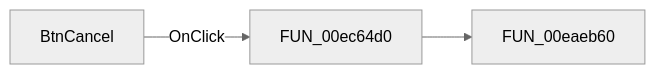
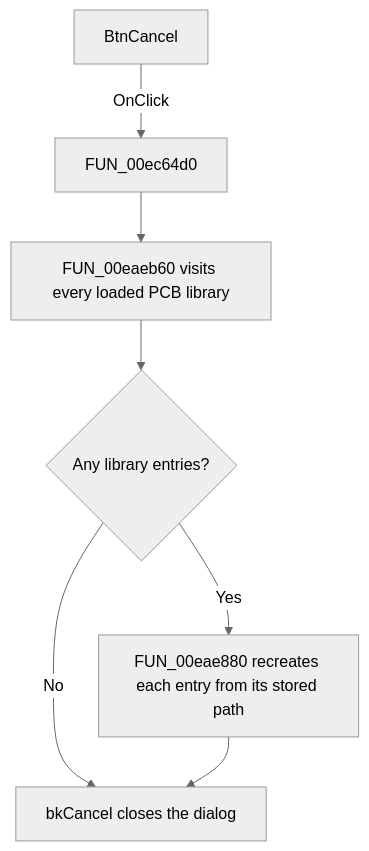
Before and after one commit to MovGP0/TIARA: the diagram in docs/ui-controls/pcbform4/btncancel-5f25a82f2e.md, drawn with Mermaid (neutral theme). The commit also changed other lines of this file and 1062 other files, not shown here.

````diff
--- a/docs/ui-controls/pcbform4/btncancel-5f25a82f2e.md
+++ b/docs/ui-controls/pcbform4/btncancel-5f25a82f2e.md
@@ -27,5 +31,9 @@
 ```mermaid
-flowchart LR
+flowchart TD
     control["BtnCancel"] -->|OnClick| handler["FUN_00ec64d0"]
-    handler --> call1["FUN_00eaeb60"]
+    handler --> reload["FUN_00eaeb60 visits every loaded PCB library"]
+    reload --> entries{"Any library entries?"}
+    entries -->|No| close["bkCancel closes the dialog"]
+    entries -->|Yes| recreate["FUN_00eae880 recreates each entry from its stored path"]
+    recreate --> close
 ```
````
